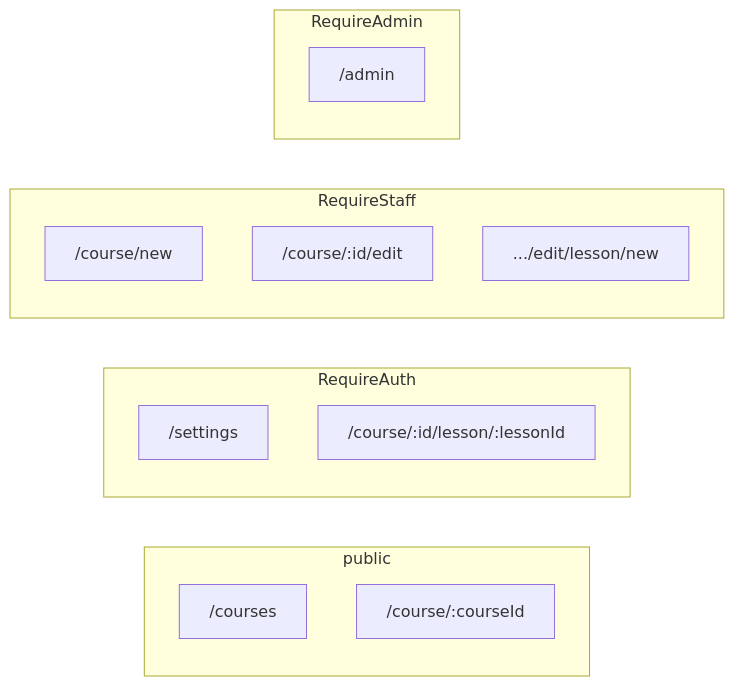
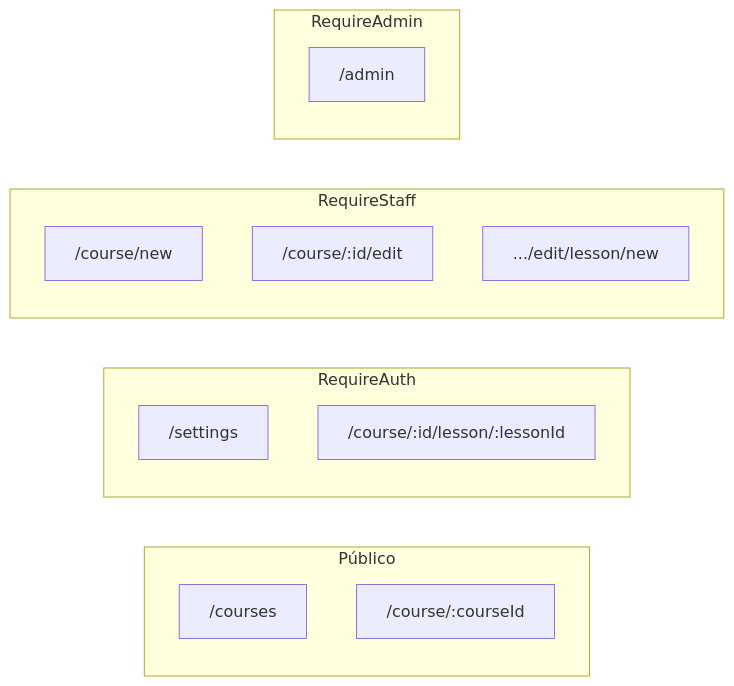
Before and after one commit to joseramos-dev/web_app_courses: the diagram in frontend/README.md, drawn with Mermaid. The commit also changed other lines of this file and 3 other files, not shown here.

````diff
--- a/frontend/README.md
+++ b/frontend/README.md
@@ -52,19 +52,19 @@
 ```mermaid
 flowchart LR
-  subgraph public
+  subgraph public["Público"]
     A["/courses"]
     B["/course/:courseId"]
   end
   subgraph auth_required["RequireAuth"]
     S["/settings"]
     L["/course/:id/lesson/:lessonId"]
   end
   subgraph staff["RequireStaff"]
     N["/course/new"]
     E["/course/:id/edit"]
     LN[".../edit/lesson/new"]
   end
   subgraph admin_only["RequireAdmin"]
     P["/admin"]
   end
 ```
````
